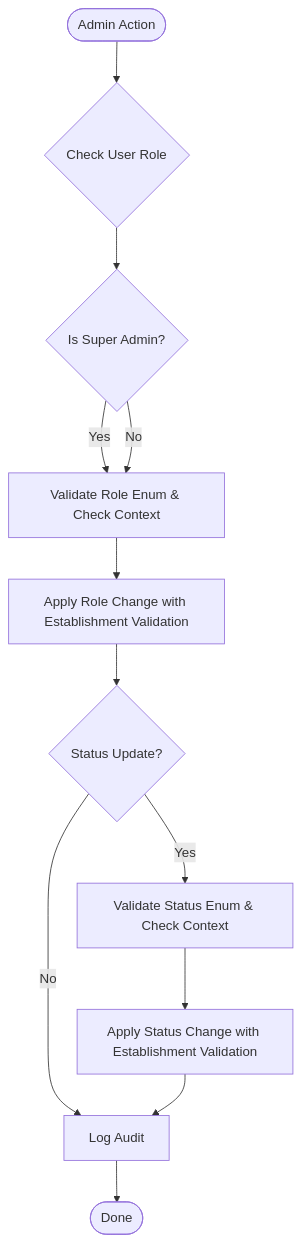
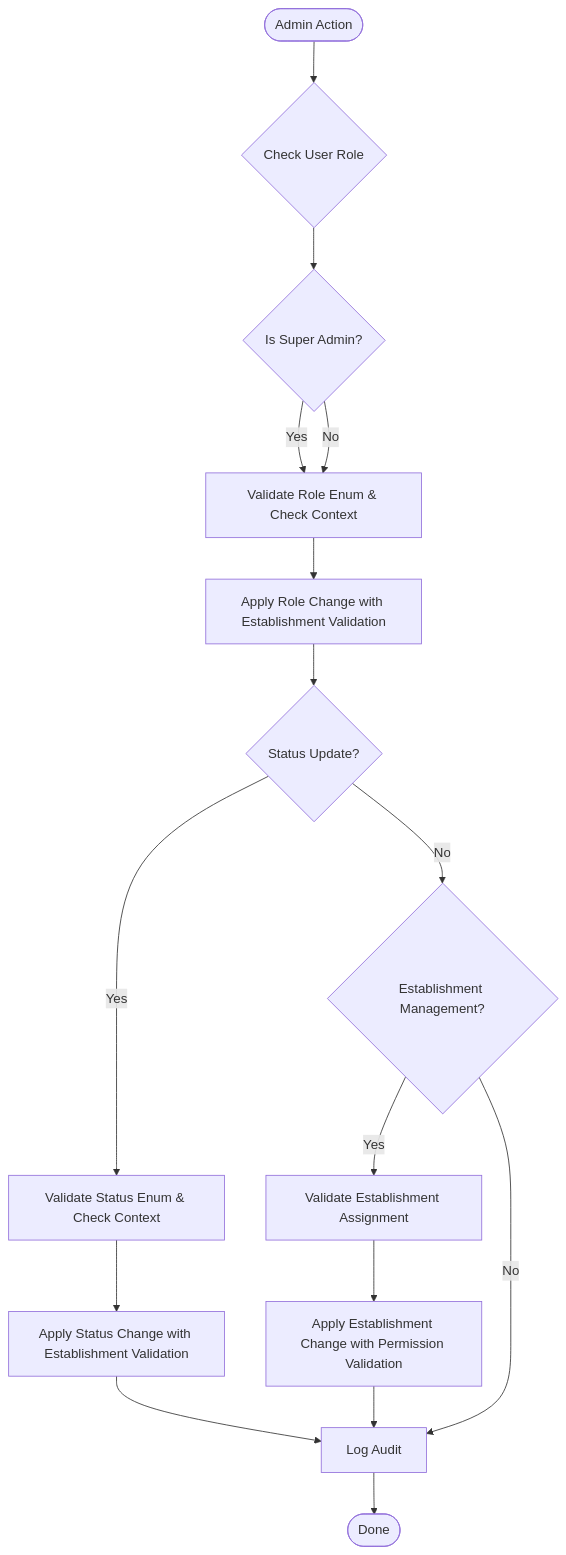
The seventh of 8 diagrams in .qoder/repowiki/en/content/Backend API Documentation/User Management API.md (franckylab/eLISAschool), drawn with Mermaid before and after one commit. The commit also changed other lines of this file and 75 other files, not shown here.

````diff
--- a/.qoder/repowiki/en/content/Backend API Documentation/User Management API.md
+++ b/.qoder/repowiki/en/content/Backend API Documentation/User Management API.md
@@ -487,14 +729,18 @@
 ```mermaid
 flowchart TD
 Start(["Admin Action"]) --> CheckRole{"Check User Role"}
 CheckRole --> IsSuper{"Is Super Admin?"}
 IsSuper --> |Yes| ValidateRole["Validate Role Enum & Override Context"]
 IsSuper --> |No| ValidateRole["Validate Role Enum & Check Context"]
 ValidateRole --> ApplyRole["Apply Role Change with Establishment Validation"]
 ApplyRole --> CheckStatus{"Status Update?"}
 CheckStatus --> |Yes| ValidateStatus["Validate Status Enum & Check Context"]
-CheckStatus --> |No| LogAudit["Log Audit"]
+CheckStatus --> |No| CheckEstablishment{"Establishment Management?"}
+CheckEstablishment --> |Yes| ValidateEstablishment["Validate Establishment Assignment"]
+CheckEstablishment --> |No| LogAudit["Log Audit"]
 ValidateStatus --> ApplyStatus["Apply Status Change with Establishment Validation"]
-ApplyStatus --> LogAudit["Log Audit"]
+ValidateEstablishment --> ApplyEstablishment["Apply Establishment Change with Permission Validation"]
+ApplyStatus --> LogAudit
+ApplyEstablishment --> LogAudit
 LogAudit --> End(["Done"])
 ```
````
